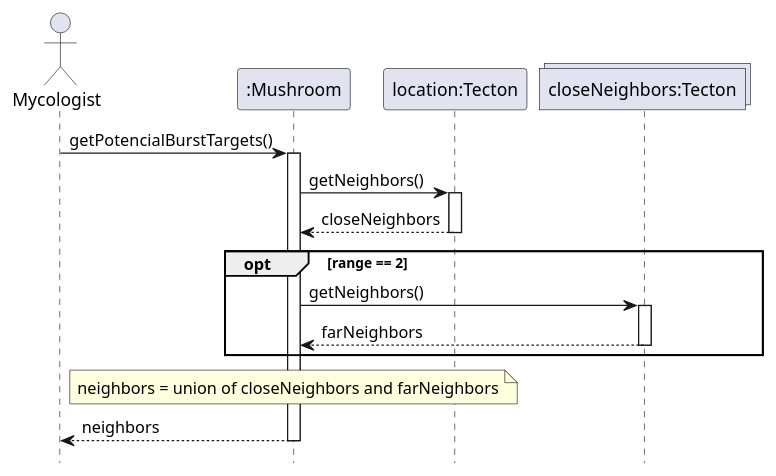
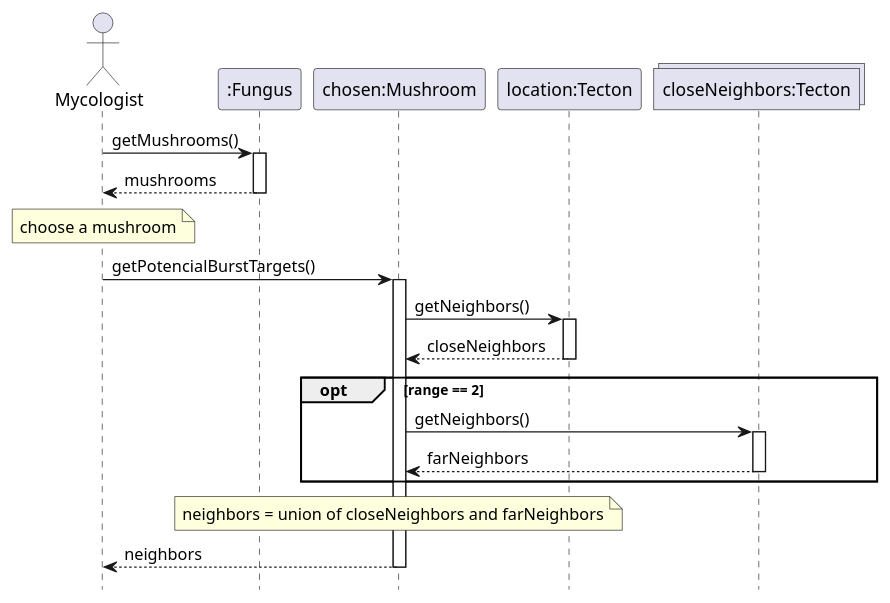
Before and after one commit to ZD4ve/projlab-error521: the diagram in Mushroom/get-target-tecton.pu, drawn with PlantUML. The commit also changed 2 other files, not shown here.

```diff
--- a/Mushroom/get-target-tecton.pu
+++ b/Mushroom/get-target-tecton.pu
@@ -1,28 +1,34 @@
 @startuml Mushroom/get-target-tecton
 hide footbox
 
 actor Mycologist
 
-participant ":Mushroom" as mushroom
+participant ":Fungus" as fungus
+participant "chosen:Mushroom" as mushroom
 participant "location:Tecton" as location
 collections "closeNeighbors:Tecton" as neighbors
 
-' TODO DOES IT KNOW THE MUSHROOM?
+Mycologist -> fungus : getMushrooms()
+activate fungus
+return mushrooms
+
+note over Mycologist: choose a mushroom
+
 Mycologist -> mushroom : getPotencialBurstTargets()
 activate mushroom
 
 mushroom -> location : getNeighbors()
 activate location
 
 return closeNeighbors
 
 opt range == 2
     mushroom -> neighbors : getNeighbors()
     activate neighbors
     return farNeighbors
 end
 
 note over mushroom: neighbors = union of closeNeighbors and farNeighbors
 return neighbors
 
 @enduml
```
